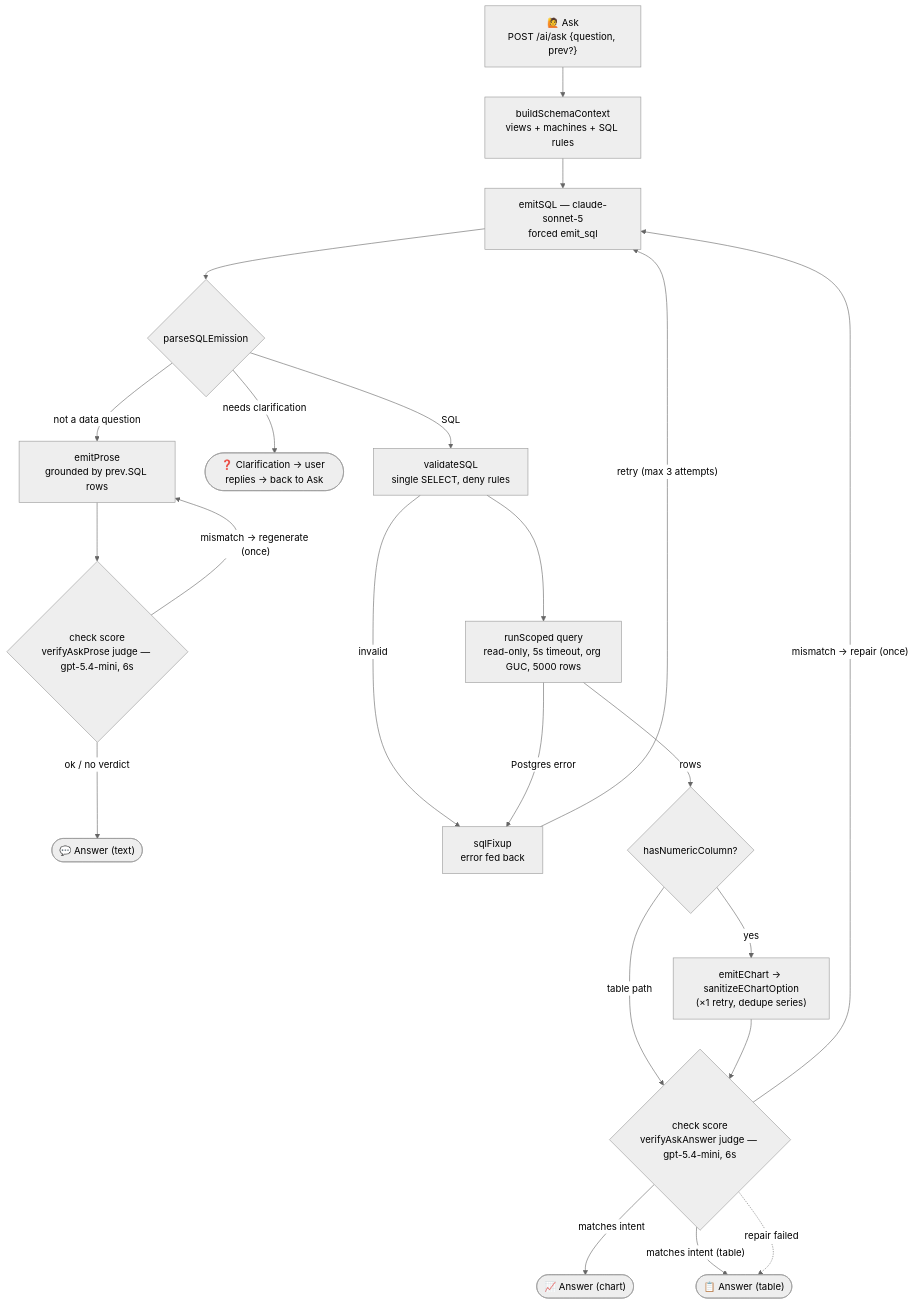
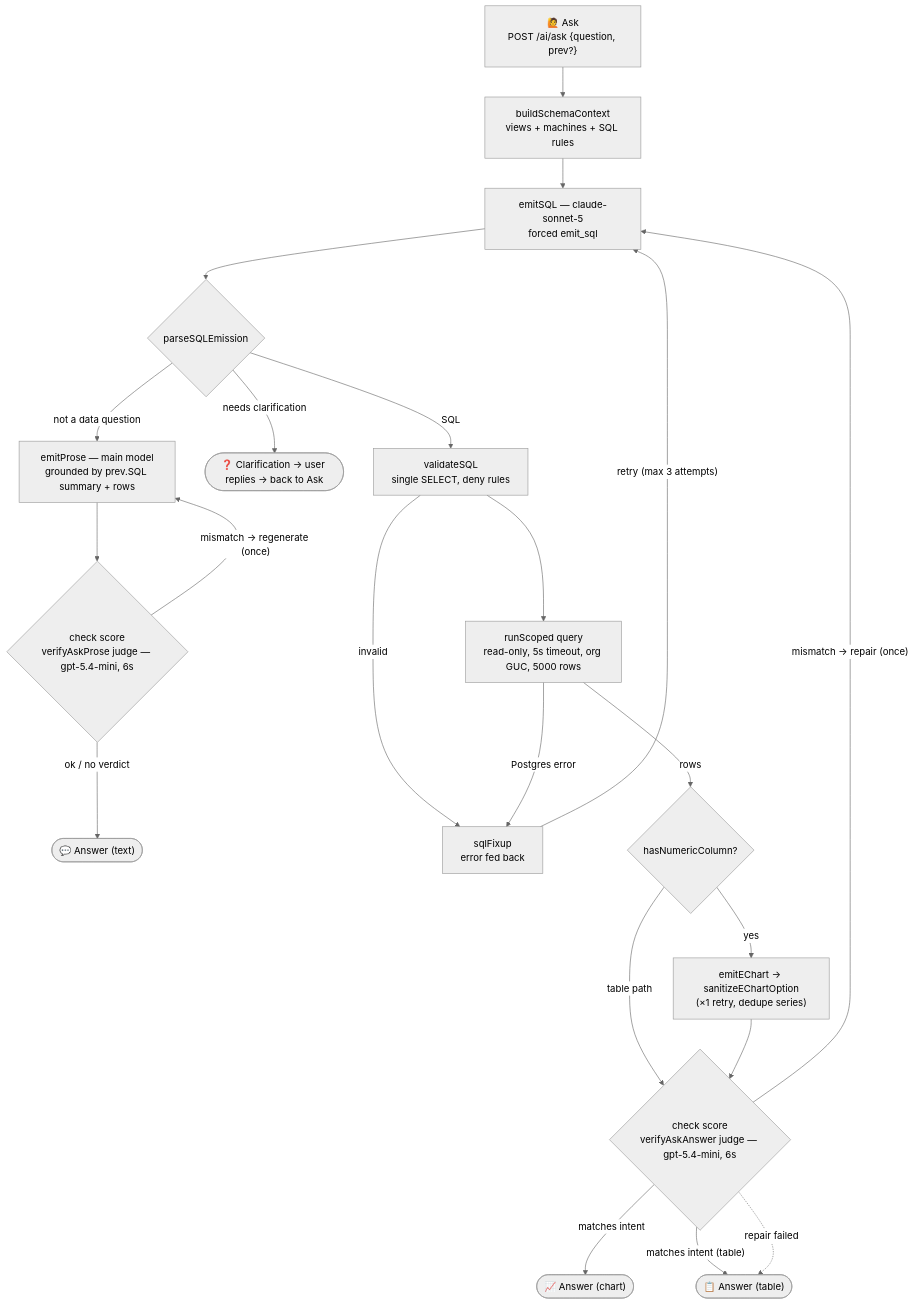
Before and after one commit to pepegummo/Project-Dashboard: the second of 5 diagrams in docs/ai-pages.md, drawn with Mermaid (neutral theme). The commit also changed other lines of this file and 13 other files, not shown here.

First line of the commit message:
feat(ask): auto chart analysis + suggested follow-up, slow-provider fixes

````diff
--- a/docs/ai-pages.md
+++ b/docs/ai-pages.md
@@ -117,24 +117,24 @@
 ```mermaid
 flowchart TD
   Q["🙋 Ask<br/>POST /ai/ask {question, prev?}"] --> Schema["buildSchemaContext<br/>views + machines + SQL rules"]
   Schema --> Emit["emitSQL — claude-sonnet-5<br/>forced emit_sql"]
   Emit --> Parse{"parseSQLEmission"}
-  Parse -->|not a data question| Prose["emitProse<br/>grounded by prev.SQL rows"]
+  Parse -->|not a data question| Prose["emitProse — main model<br/>grounded by prev.SQL summary + rows"]
   Prose --> PVerify{"check score<br/>verifyAskProse judge — gpt-5.4-mini, 6s"}
   PVerify -->|"ok / no verdict"| AnsText(["💬 Answer (text)"])
   PVerify -->|"mismatch → regenerate (once)"| Prose
   Parse -->|needs clarification| Clar(["❓ Clarification → user replies → back to Ask"])
   Parse -->|SQL| Val["validateSQL<br/>single SELECT, deny rules"]
   Val --> Run["runScoped query<br/>read-only, 5s timeout, org GUC, 5000 rows"]
   Val -->|invalid| Fix
   Run -->|Postgres error| Fix["sqlFixup<br/>error fed back"]
   Fix -->|"retry (max 3 attempts)"| Emit
   Run -->|rows| Numeric{"hasNumericColumn?"}
   Numeric -->|"table path"| Verify{"check score<br/>verifyAskAnswer judge — gpt-5.4-mini, 6s"}
   Numeric -->|yes| Chart["emitEChart → sanitizeEChartOption<br/>(×1 retry, dedupe series)"]
   Chart --> Verify
   Verify -->|matches intent| AnsChart(["📈 Answer (chart)"])
   Verify -->|"matches intent (table)"| Table(["📋 Answer (table)"])
   Verify -->|"mismatch → repair (once)"| Emit
   Verify -.->|repair failed| Table
 ```
````
